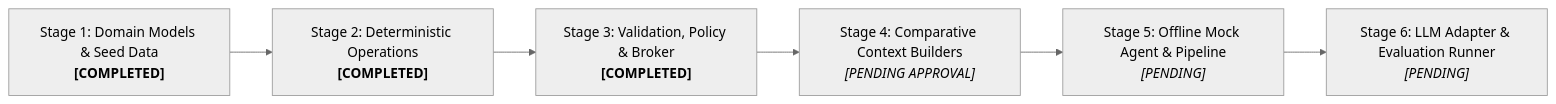
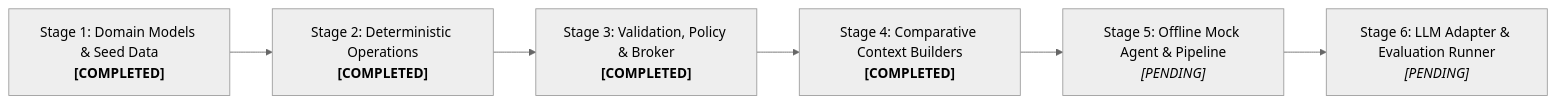
The diagram in docs/IMPLEMENTATION_STATUS.md (Suni1174/shopconnect-object-env), drawn with Mermaid (neutral theme) before and after one commit. The commit also changed other lines of this file and 7 other files, not shown here.

Commit message:
Complete Stage 4: comparative context strategies A, B and C

````diff
--- a/docs/IMPLEMENTATION_STATUS.md
+++ b/docs/IMPLEMENTATION_STATUS.md
@@ -216,8 +237,8 @@
 ```mermaid
 flowchart LR
     S1["Stage 1: Domain Models & Seed Data<br><b>[COMPLETED]</b>"] --> S2["Stage 2: Deterministic Operations<br><b>[COMPLETED]</b>"]
     S2 --> S3["Stage 3: Validation, Policy & Broker<br><b>[COMPLETED]</b>"]
-    S3 --> S4["Stage 4: Comparative Context Builders<br><i>[PENDING APPROVAL]</i>"]
+    S3 --> S4["Stage 4: Comparative Context Builders<br><b>[COMPLETED]</b>"]
     S4 --> S5["Stage 5: Offline Mock Agent & Pipeline<br><i>[PENDING]</i>"]
     S5 --> S6["Stage 6: LLM Adapter & Evaluation Runner<br><i>[PENDING]</i>"]
 ```
````
